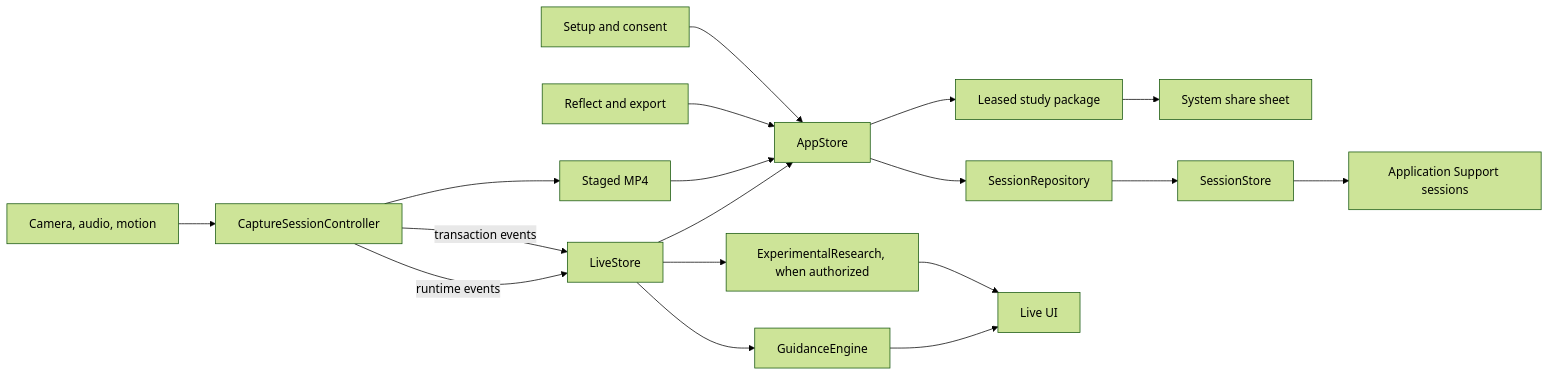
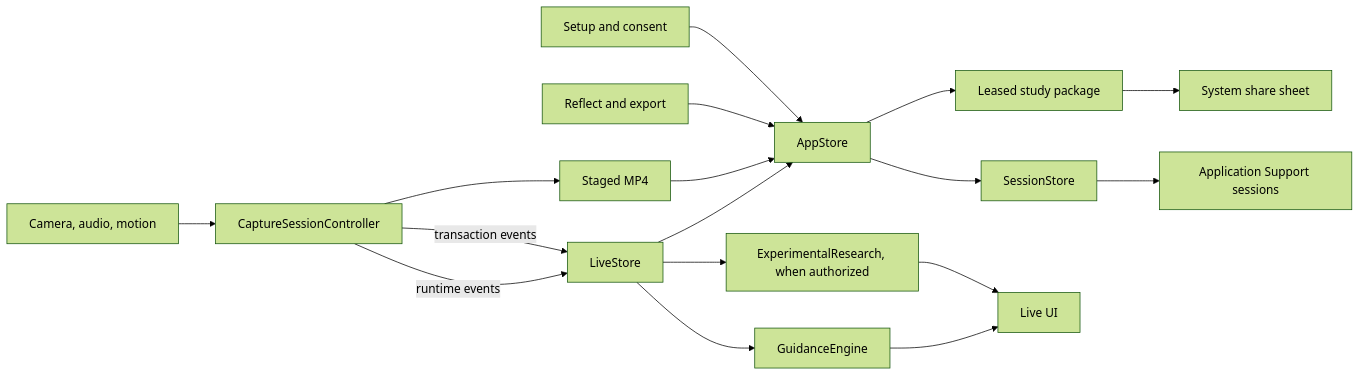
One commit to sebastianspicker/videographr-classroom changed the third of 3 diagrams in docs/ARCHITECTURE.md. Above: the diagram before and after it, drawn with Mermaid (forest theme). The commit also changed other lines of this file and 67 other files, not shown here.

````diff
--- a/docs/ARCHITECTURE.md
+++ b/docs/ARCHITECTURE.md
@@ -114,22 +114,21 @@
 ```mermaid
 flowchart LR
     Setup["Setup and consent"] --> AppStore["AppStore"]
     Reflect["Reflect and export"] --> AppStore
-    AppStore --> Repository["SessionRepository"]
-    Repository --> SessionStore["SessionStore"]
+    AppStore --> SessionStore["SessionStore"]
     SessionStore --> Local["Application Support sessions"]
 
     Devices["Camera, audio, motion"] --> Controller["CaptureSessionController"]
     Controller -->|"runtime events"| LiveStore["LiveStore"]
     Controller -->|"transaction events"| LiveStore
     LiveStore --> Guidance["GuidanceEngine"]
     LiveStore --> Research["ExperimentalResearch, when authorized"]
     Guidance --> LiveUI["Live UI"]
     Research --> LiveUI
     LiveStore --> AppStore
 
     Controller --> Staged["Staged MP4"]
     Staged --> AppStore
     AppStore --> Package["Leased study package"]
     Package --> Share["System share sheet"]
 ```
````
